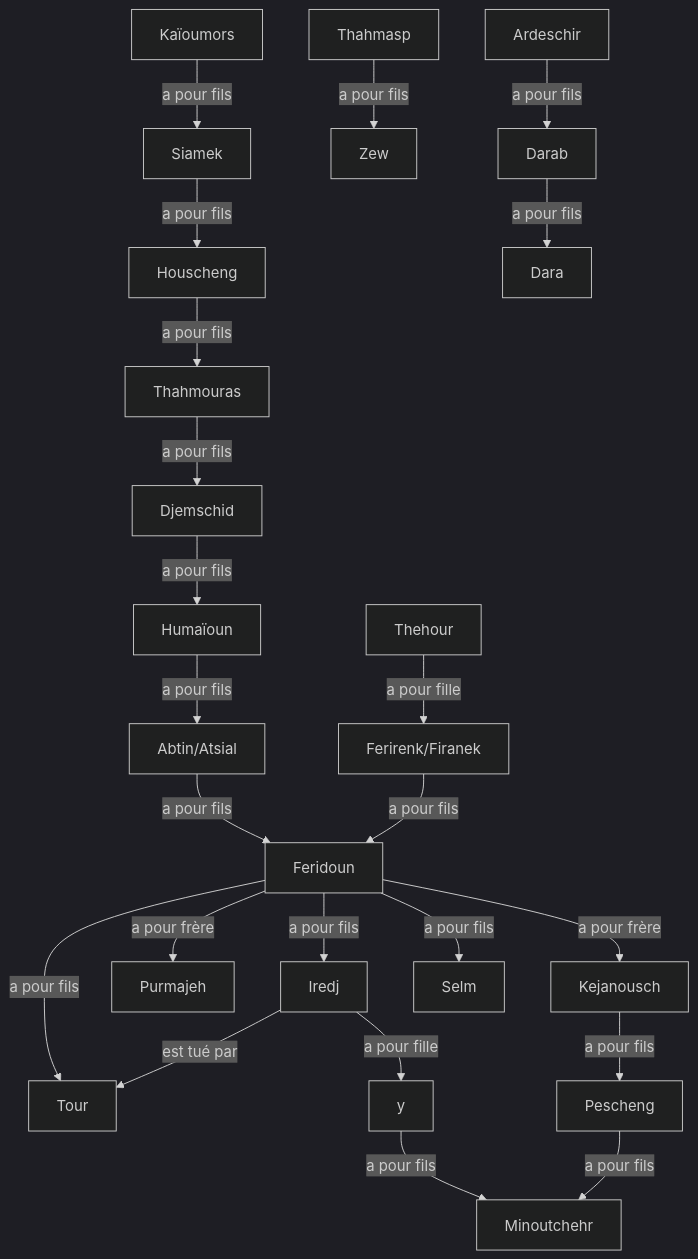
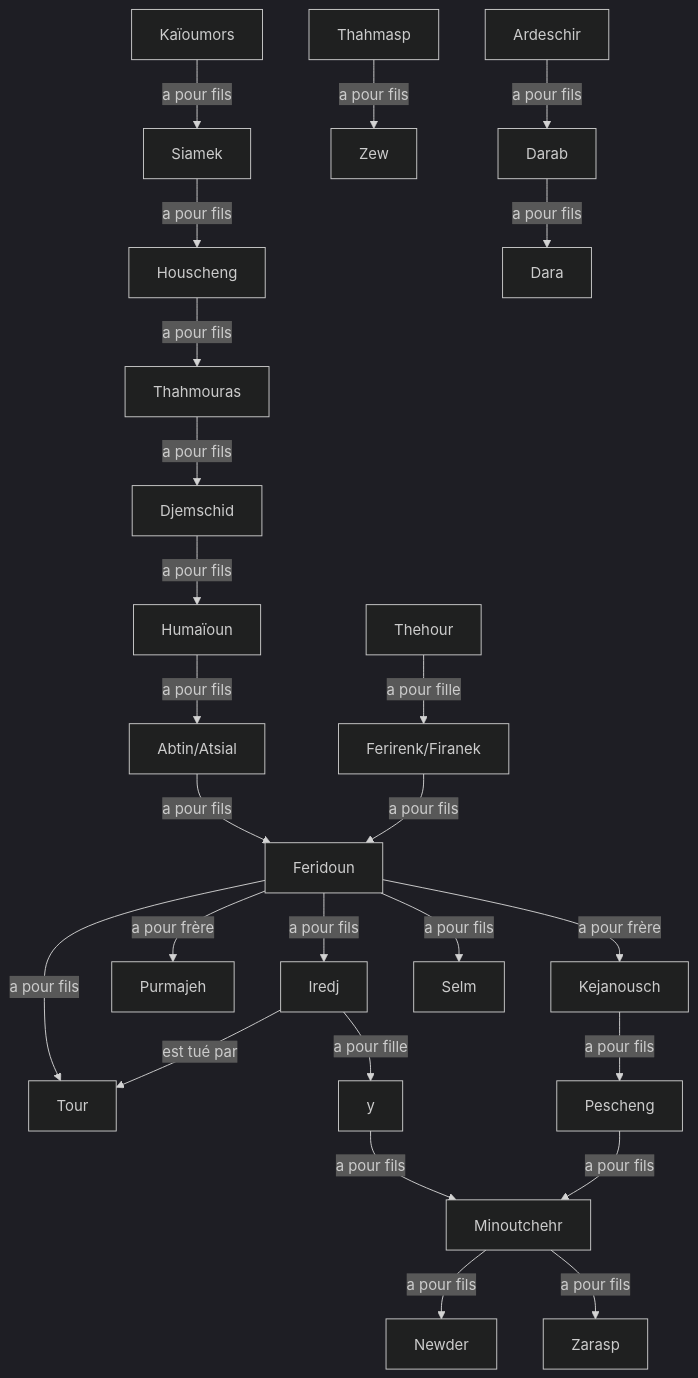
One commit to hdorgeval/le-livre-des-rois changed the diagram in src/graphs/kaioumors/kaioumors.mmd. Above: the diagram before and after it, drawn with Mermaid (dark theme).

Commit message:
feat(kaioumors): update genealogy graph

```diff
--- a/src/graphs/kaioumors/kaioumors.mmd
+++ b/src/graphs/kaioumors/kaioumors.mmd
@@ -1,23 +1,25 @@
 graph TD
 Kaïoumors --a pour fils--> Siamek
 Siamek --a pour fils--> Houscheng
 Houscheng --a pour fils--> Thahmouras
 Thahmouras --a pour fils--> Djemschid
 Djemschid --a pour fils--> Humaïoun
 Humaïoun --a pour fils-->Abtin/Atsial
 Abtin/Atsial --a pour fils--> Feridoun
 Thehour --a pour fille--> Ferirenk/Firanek
 Ferirenk/Firanek --a pour fils--> Feridoun
 Feridoun --a pour frère--> Kejanousch
 Feridoun --a pour frère--> Purmajeh
 Thahmasp --a pour fils--> Zew
 Ardeschir --a pour fils--> Darab
 Darab --a pour fils--> Dara
 Feridoun --a pour fils-->Iredj
 Feridoun --a pour fils-->Tour
 Feridoun --a pour fils-->Selm
 Iredj --est tué par--> Tour
 Kejanousch --a pour fils-->Pescheng
 Iredj --a pour fille--> y
 y --a pour fils--> Minoutchehr
 Pescheng --a pour fils--> Minoutchehr
+Minoutchehr --a pour fils--> Newder
+Minoutchehr --a pour fils--> Zarasp
```
